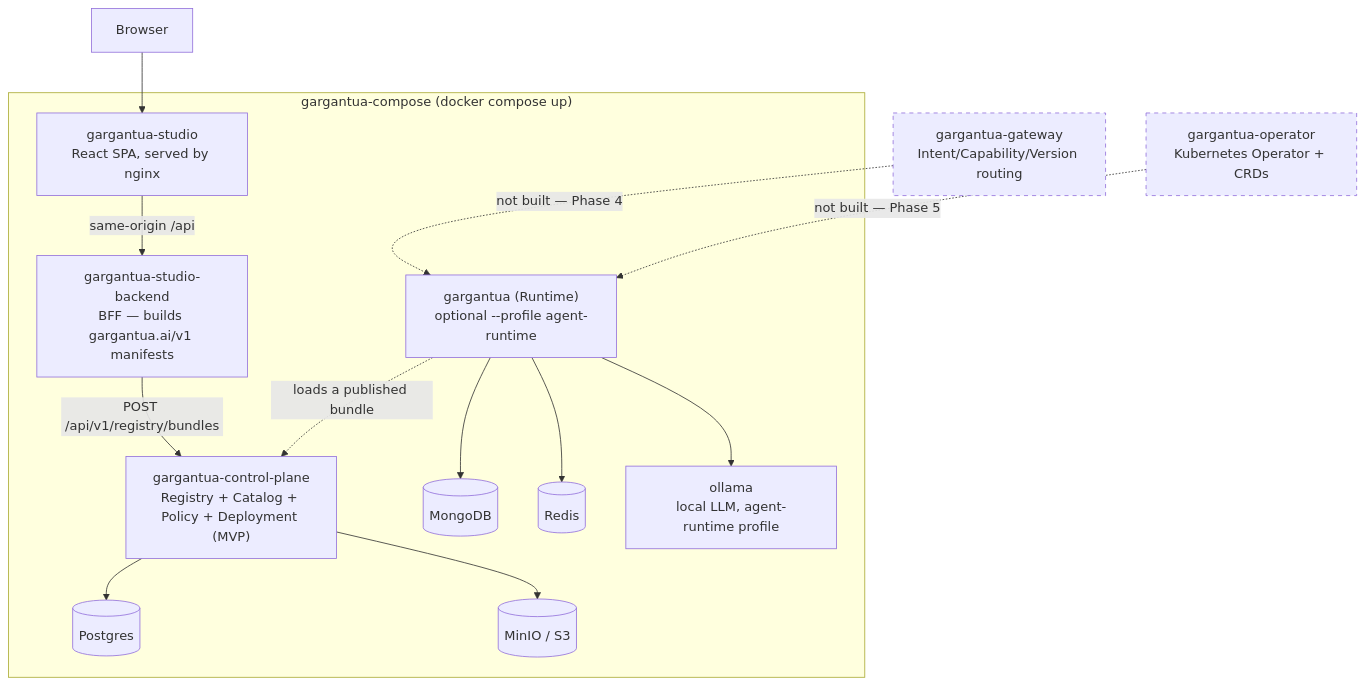
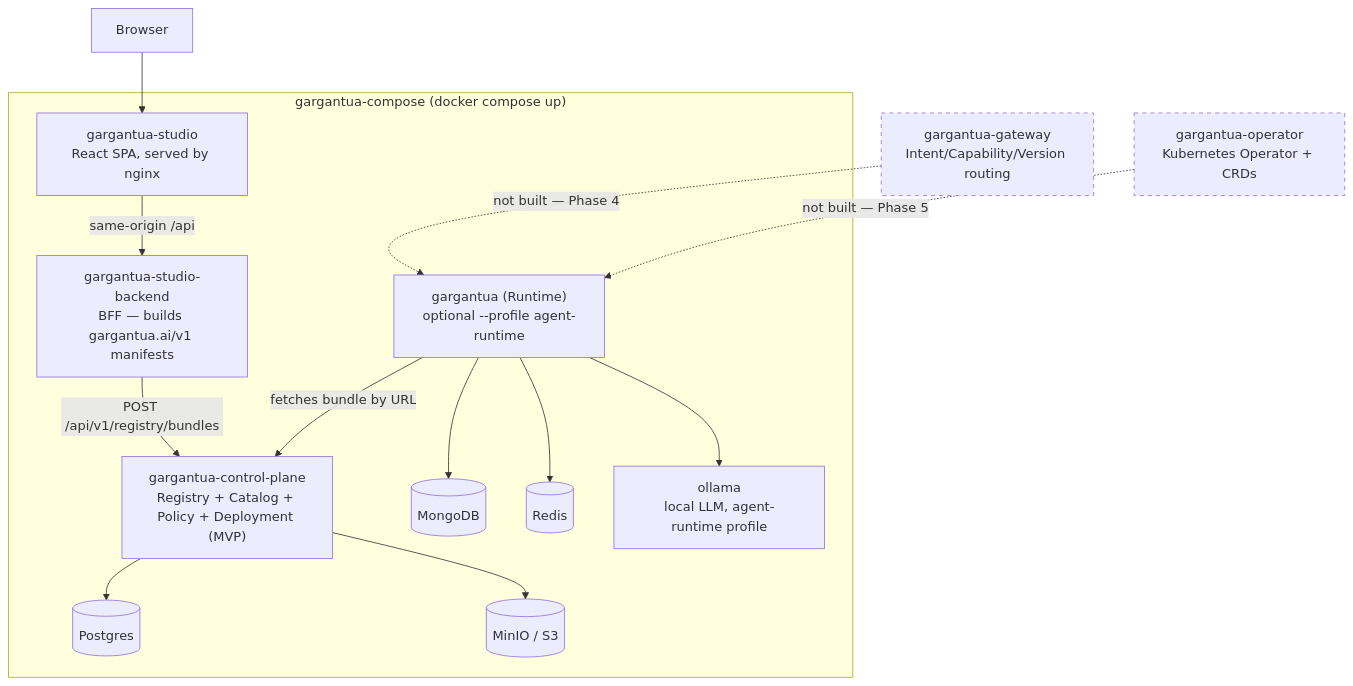
One commit to GiskardB/gargantua changed the first of 2 diagrams in docs/architecture/platform-handoff.md. Above: the diagram before and after it, drawn with Mermaid. The commit also changed other lines of this file and 4 other files, not shown here.

First line of the commit message:
feat(runtime): fetch bundle by URL + opt-in CORS for browser clients

````diff
--- a/docs/architecture/platform-handoff.md
+++ b/docs/architecture/platform-handoff.md
@@ -83,34 +83,34 @@
 ```mermaid
 graph TD
     Browser[Browser]
 
     subgraph Compose["gargantua-compose (docker compose up)"]
         Studio["gargantua-studio<br/>React SPA, served by nginx"]
         Backend["gargantua-studio-backend<br/>BFF — builds gargantua.ai/v1 manifests"]
         CP["gargantua-control-plane<br/>Registry + Catalog + Policy + Deployment (MVP)"]
         Runtime["gargantua (Runtime)<br/>optional --profile agent-runtime"]
         PG[(Postgres)]
         Mongo[(MongoDB)]
         Redis[(Redis)]
         MinIO[(MinIO / S3)]
         Ollama["ollama<br/>local LLM, agent-runtime profile"]
     end
 
     Gateway["gargantua-gateway<br/>Intent/Capability/Version routing"]
     Operator["gargantua-operator<br/>Kubernetes Operator + CRDs"]
 
     Browser --> Studio
     Studio -->|same-origin /api| Backend
     Backend -->|POST /api/v1/registry/bundles| CP
     CP --> PG
     CP --> MinIO
-    Runtime -.->|loads a published bundle| CP
+    Runtime -->|fetches bundle by URL| CP
     Runtime --> Mongo
     Runtime --> Redis
     Runtime --> Ollama
     Gateway -.->|not built — Phase 4| Runtime
     Operator -.->|not built — Phase 5| Runtime
 
     style Gateway stroke-dasharray: 5 5
     style Operator stroke-dasharray: 5 5
 ```
````
